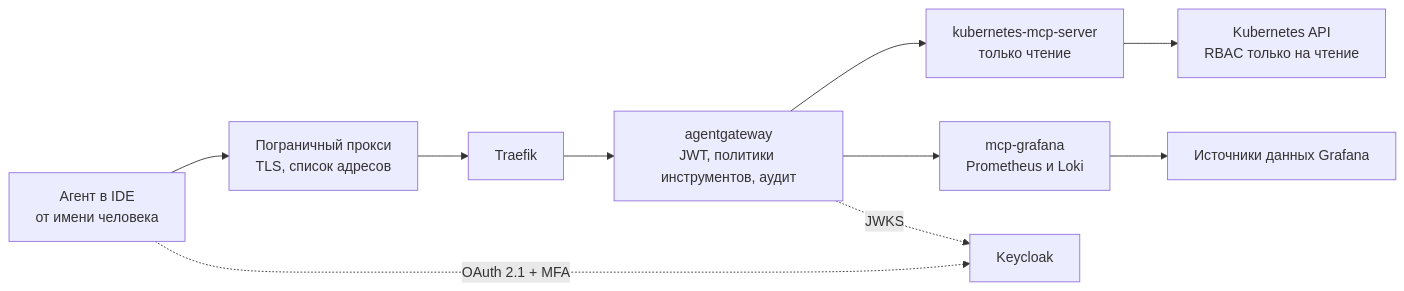
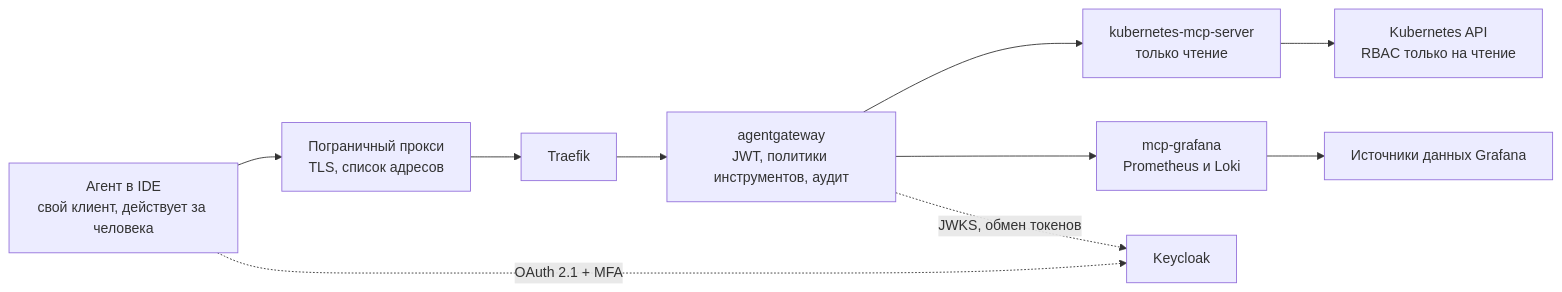
Before and after one commit to mess-systems/blueprints: the diagram in obs-mcp-readonly/README.ru.md, drawn with Mermaid. The commit also changed other lines of this file and 3 other files, not shown here.

````diff
--- a/obs-mcp-readonly/README.ru.md
+++ b/obs-mcp-readonly/README.ru.md
@@ -37,12 +37,12 @@
 ```mermaid
 flowchart LR
-  A[Агент в IDE<br/>от имени человека] --> P[Пограничный прокси<br/>TLS, список адресов]
+  A[Агент в IDE<br/>свой клиент, действует за человека] --> P[Пограничный прокси<br/>TLS, список адресов]
   P --> T[Traefik]
   T --> G[agentgateway<br/>JWT, политики инструментов, аудит]
   G --> K[kubernetes-mcp-server<br/>только чтение]
   G --> M[mcp-grafana<br/>Prometheus и Loki]
   K --> API[Kubernetes API<br/>RBAC только на чтение]
   M --> GF[Источники данных Grafana]
   A -.->|"OAuth 2.1 + MFA"| IdP[Keycloak]
-  G -.->|JWKS| IdP
+  G -.->|"JWKS, обмен токенов"| IdP
 ```
````
